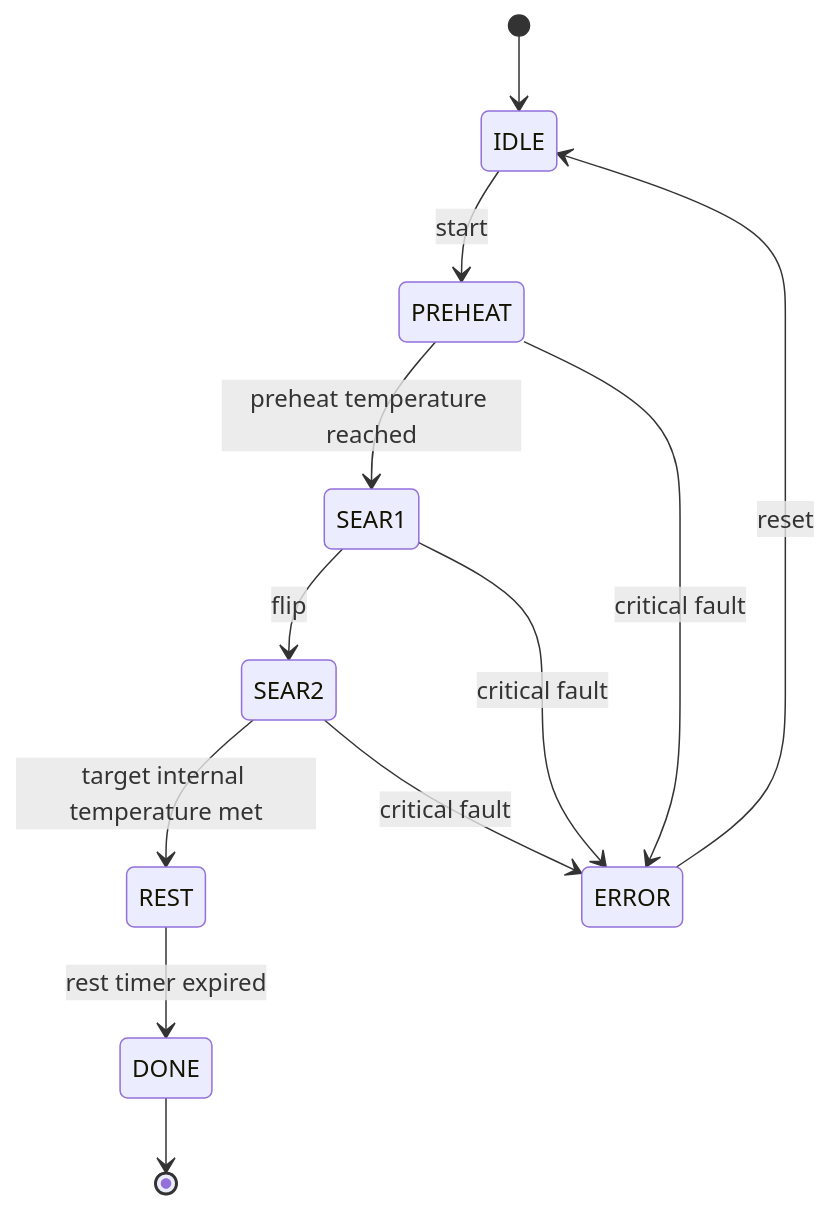
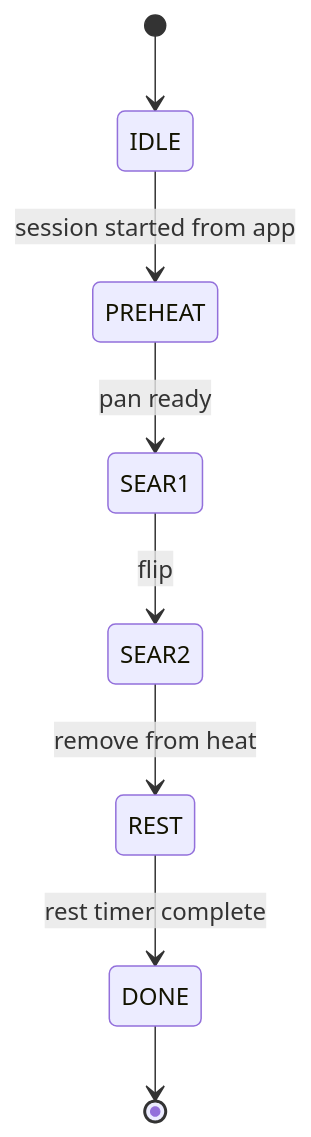
The diagram in README.md (ranand3385/SmartSear-Senior-Design), drawn with Mermaid before and after one commit. The commit also changed other lines of this file, not shown here.

````diff
--- a/README.md
+++ b/README.md
@@ -181,14 +94,10 @@
 ```mermaid
 stateDiagram-v2
     [*] --> IDLE
-    IDLE --> PREHEAT: start
-    PREHEAT --> SEAR1: preheat temperature reached
+    IDLE --> PREHEAT: session started from app
+    PREHEAT --> SEAR1: pan ready
     SEAR1 --> SEAR2: flip
-    SEAR2 --> REST: target internal temperature met
-    REST --> DONE: rest timer expired
+    SEAR2 --> REST: remove from heat
+    REST --> DONE: rest timer complete
     DONE --> [*]
-    PREHEAT --> ERROR: critical fault
-    SEAR1 --> ERROR: critical fault
-    SEAR2 --> ERROR: critical fault
-    ERROR --> IDLE: reset
 ```
````
